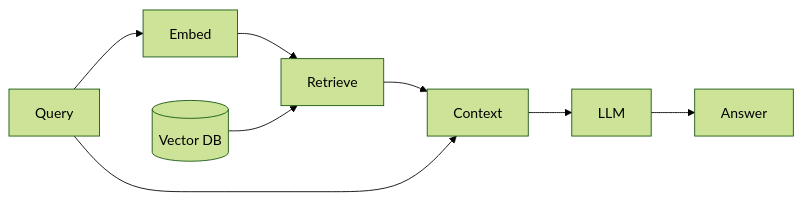
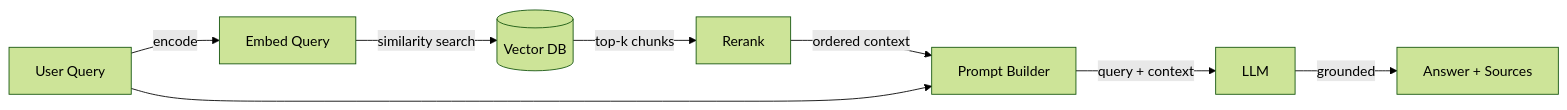
Before and after one commit to EmersonBraun/ai-summary-hub: the second of 2 diagrams in docs/rag/index.md, drawn with Mermaid (forest theme). The commit also changed other lines of this file and 1 other file, not shown here.

````diff
--- a/docs/rag/index.md
+++ b/docs/rag/index.md
@@ -23,10 +42,10 @@
 ```mermaid
 flowchart LR
-  Q[Query] --> E1[Embed]
-  E1 --> R[Retrieve]
-  D[(Vector DB)] --> R
-  R --> C[Context]
-  Q --> C
-  C --> LLM[LLM]
-  LLM --> A[Answer]
+  Q[User Query] -->|encode| E1[Embed Query]
+  E1 -->|similarity search| VDB[(Vector DB)]
+  VDB -->|top-k chunks| RR[Rerank]
+  RR -->|ordered context| P[Prompt Builder]
+  Q --> P
+  P -->|query + context| LLM[LLM]
+  LLM -->|grounded| A[Answer + Sources]
 ```
````
